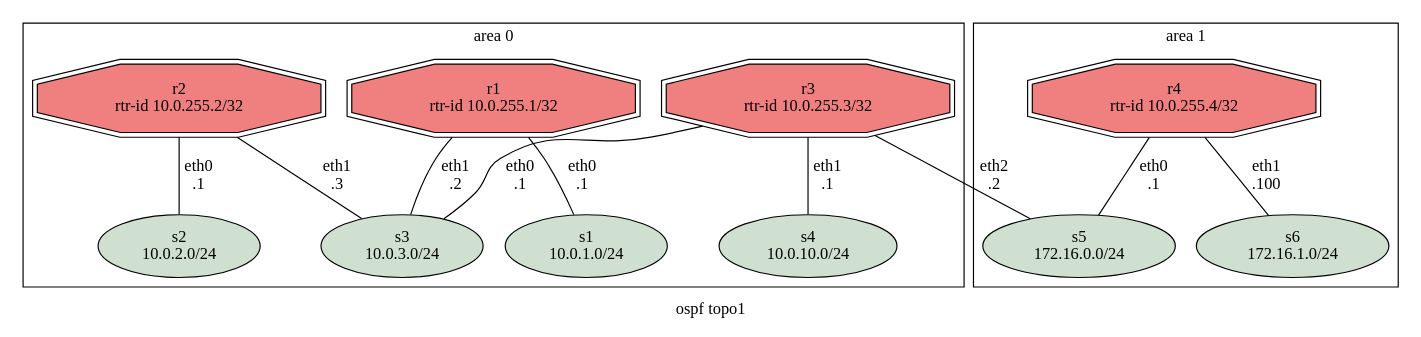
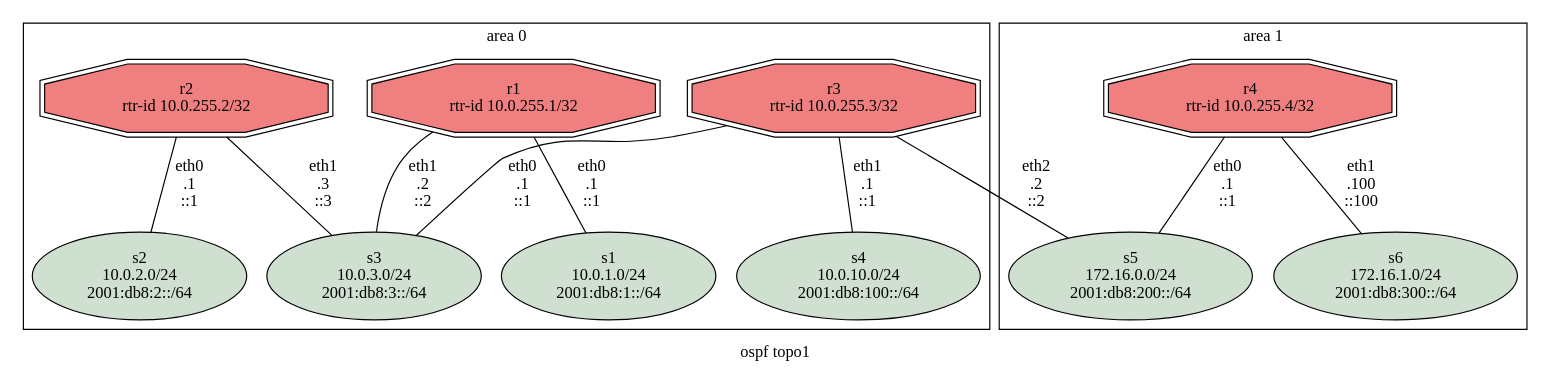
The diagram in ospf-topo1/test_ospf_topo1.dot (FRRouting/topotests), drawn with Graphviz before and after one commit. The commit also changed 1 other file, not shown here.

Commit message:
ospf-topo1: Add IPv6 addresses to diagram

```diff
--- a/ospf-topo1/test_ospf_topo1.dot
+++ b/ospf-topo1/test_ospf_topo1.dot
@@ -1,104 +1,104 @@
 ## Color coding:
 #########################
 ##  Main FRR: #f08080  red
 ##  Switches: #d0e0d0  gray
 ##  RIP:      #19e3d9  Cyan
 ##  RIPng:    #fcb314  dark yellow
 ##  OSPFv2:   #32b835  Green
 ##  OSPFv3:   #19e3d9  Cyan
 ##  ISIS IPv4 #fcb314  dark yellow
 ##  ISIS IPv6 #9a81ec  purple
 ##  BGP IPv4  #eee3d3  beige
 ##  BGP IPv6  #fdff00  yellow
 ##### Colors (see http://www.color-hex.com/)
 
 graph ospf_topo1 {
 	label="ospf topo1";
 
 	# Routers
 	r1 [
 		label="r1\nrtr-id 10.0.255.1/32",
 		shape=doubleoctagon,
 		fillcolor="#f08080",
 		style=filled,
 	];
 	r2 [
 		label="r2\nrtr-id 10.0.255.2/32",
 		shape=doubleoctagon,
 		fillcolor="#f08080",
 		style=filled,
 	];
 	r3 [
 		label="r3\nrtr-id 10.0.255.3/32",
 		shape=doubleoctagon,
 		fillcolor="#f08080",
 		style=filled,
 	];
 	r4 [
 		label="r4\nrtr-id 10.0.255.4/32",
 		shape=doubleoctagon,
 		fillcolor="#f08080",
 		style=filled,
 	];
 
 	# Switches
 	s1 [
-		label="s1\n10.0.1.0/24",
+		label="s1\n10.0.1.0/24\n2001:db8:1::/64",
 		shape=oval,
 		fillcolor="#d0e0d0",
 		style=filled,
 	];
 	s2 [
-		label="s2\n10.0.2.0/24",
+		label="s2\n10.0.2.0/24\n2001:db8:2::/64",
 		shape=oval,
 		fillcolor="#d0e0d0",
 		style=filled,
 	];
 	s3 [
-		label="s3\n10.0.3.0/24",
+		label="s3\n10.0.3.0/24\n2001:db8:3::/64",
 		shape=oval,
 		fillcolor="#d0e0d0",
 		style=filled,
 	];
 	s4 [
-		label="s4\n10.0.10.0/24",
+		label="s4\n10.0.10.0/24\n2001:db8:100::/64",
 		shape=oval,
 		fillcolor="#d0e0d0",
 		style=filled,
 	];
 	s5 [
-		label="s5\n172.16.0.0/24",
+		label="s5\n172.16.0.0/24\n2001:db8:200::/64",
 		shape=oval,
 		fillcolor="#d0e0d0",
 		style=filled,
 	];
 	s6 [
-		label="s6\n172.16.1.0/24",
+		label="s6\n172.16.1.0/24\n2001:db8:300::/64",
 		shape=oval,
 		fillcolor="#d0e0d0",
 		style=filled,
 	];
 
 	# Connections
   subgraph cluster0 {
     label="area 0"
 
-    r1 -- s1 [label="eth0\n.1"];
-	  r1 -- s3 [label="eth1\n.2"];
+	  r1 -- s1 [label="eth0\n.1\n::1"];
+	  r1 -- s3 [label="eth1\n.2\n::2"];
 
-	  r2 -- s2 [label="eth0\n.1"];
-	  r2 -- s3 [label="eth1\n.3"];
+	  r2 -- s2 [label="eth0\n.1\n::1"];
+	  r2 -- s3 [label="eth1\n.3\n::3"];
 
-	  r3 -- s3 [label="eth0\n.1"];
-	  r3 -- s4 [label="eth1\n.1"];
+	  r3 -- s3 [label="eth0\n.1\n::1"];
+	  r3 -- s4 [label="eth1\n.1\n::1"];
   }
 
   subgraph cluster1 {
     label="area 1"
 
-	  r3 -- s5 [label="eth2\n.2"];
+	  r3 -- s5 [label="eth2\n.2\n::2"];
 
-	  r4 -- s5 [label="eth0\n.1"];
-	  r4 -- s6 [label="eth1\n.100"];
+	  r4 -- s5 [label="eth0\n.1\n::1"];
+	  r4 -- s6 [label="eth1\n.100\n::100"];
   }
 }
```
